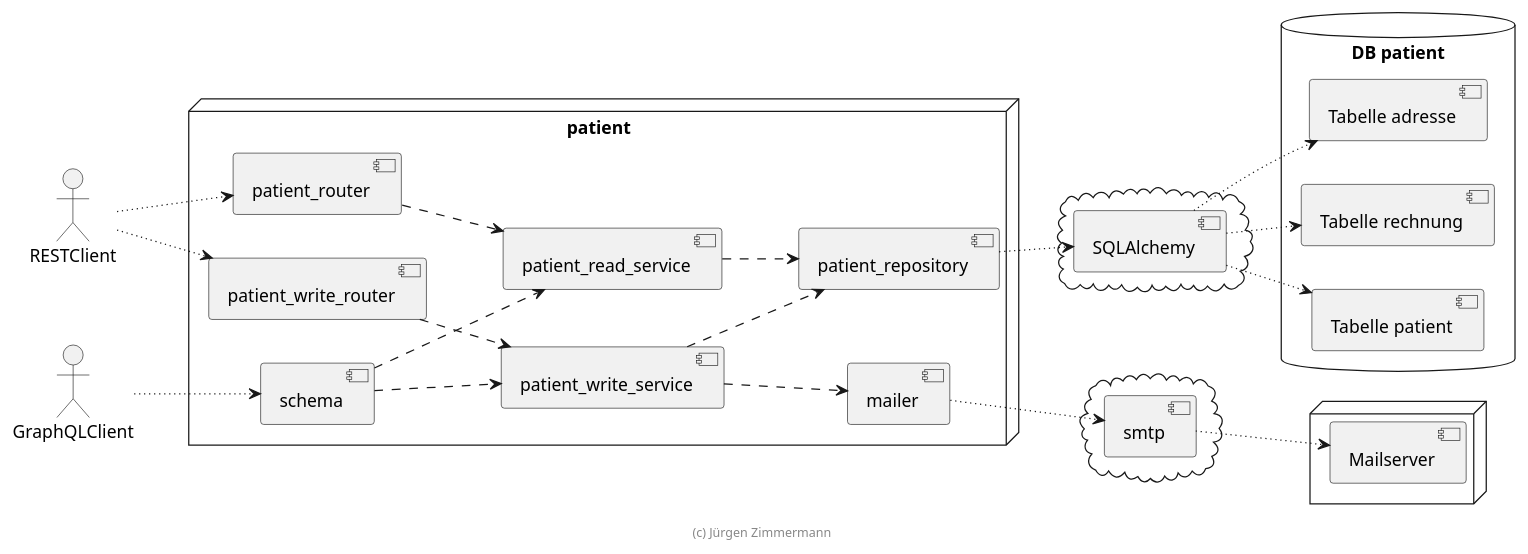
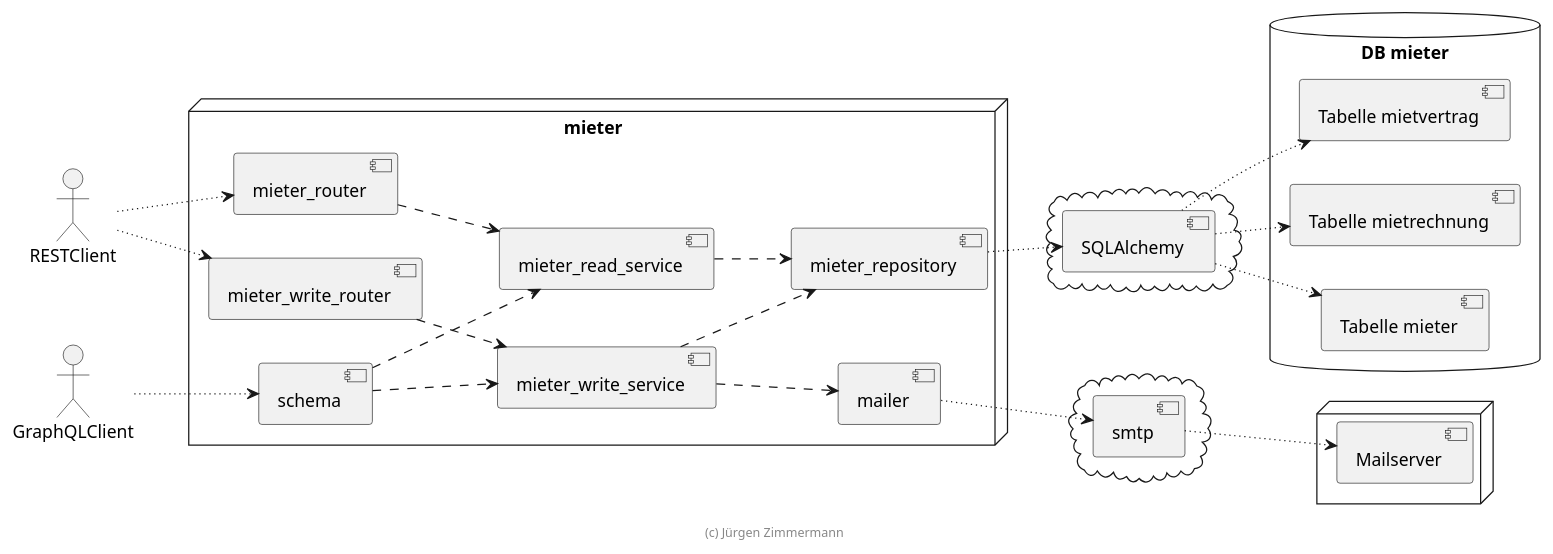
One commit to Codechandra1919/fastapi changed the diagram in docs/diagramme/src/komponenten.plantuml. Above: the diagram before and after it, drawn with PlantUML. The commit also changed 269 other files, not shown here.

```diff
--- a/docs/diagramme/src/komponenten.plantuml
+++ b/docs/diagramme/src/komponenten.plantuml
@@ -18,62 +18,62 @@
 @startuml Komponenten
 
 left to right direction
 
 actor RESTClient
 actor GraphQLClient
 
-node "patient" {
-  [patient_router]
-  [patient_write_router]
+node "mieter" {
+  [mieter_router]
+  [mieter_write_router]
   [schema]
 
-  [patient_read_service]
-  [patient_write_service]
+  [mieter_read_service]
+  [mieter_write_service]
 
-  [patient_repository]
+  [mieter_repository]
 
   [mailer]
 }
 
 
 cloud {
     [SQLAlchemy]
 }
 
 cloud {
     [smtp]
 }
 
-database "DB patient" {
-    [Tabelle patient]
-    [Tabelle adresse]
-    [Tabelle rechnung]
+database "DB mieter" {
+    [Tabelle mieter]
+    [Tabelle mietvertrag]
+    [Tabelle mietrechnung]
 }
 
 node {
     [Mailserver]
 }
 
-RESTClient ~~> [patient_router]
-RESTClient ~~> [patient_write_router]
+RESTClient ~~> [mieter_router]
+RESTClient ~~> [mieter_write_router]
 GraphQLClient ~~> [schema]
 
-[patient_router] ..> [patient_read_service]
-[patient_write_router] ..> [patient_write_service]
-[schema] ..> [patient_read_service]
-[schema] ..> [patient_write_service]
-[patient_read_service] ..> [patient_repository]
-[patient_write_service] ..> [patient_repository]
+[mieter_router] ..> [mieter_read_service]
+[mieter_write_router] ..> [mieter_write_service]
+[schema] ..> [mieter_read_service]
+[schema] ..> [mieter_write_service]
+[mieter_read_service] ..> [mieter_repository]
+[mieter_write_service] ..> [mieter_repository]
 
-[patient_repository] ~~> [SQLAlchemy]
-[SQLAlchemy] ~~> [Tabelle patient]
-[SQLAlchemy] ~~> [Tabelle adresse]
-[SQLAlchemy] ~~> [Tabelle rechnung]
+[mieter_repository] ~~> [SQLAlchemy]
+[SQLAlchemy] ~~> [Tabelle mieter]
+[SQLAlchemy] ~~> [Tabelle mietvertrag]
+[SQLAlchemy] ~~> [Tabelle mietrechnung]
 
-[patient_write_service] ..> [mailer]
+[mieter_write_service] ..> [mailer]
 [mailer] ~~> [smtp]
 [smtp] ~~> [Mailserver]
 
 footer (c) Jürgen Zimmermann
 
 @enduml
```
